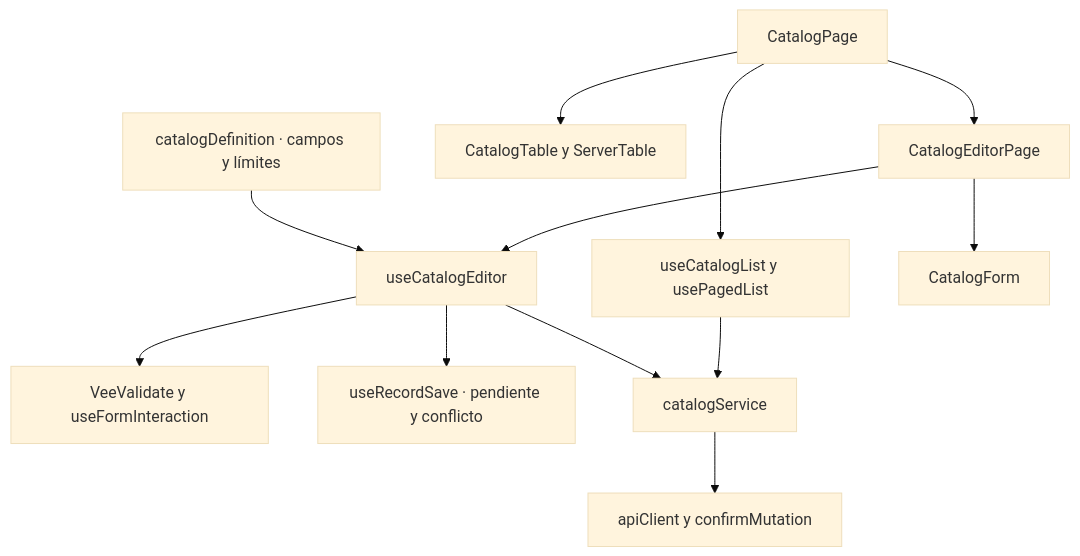
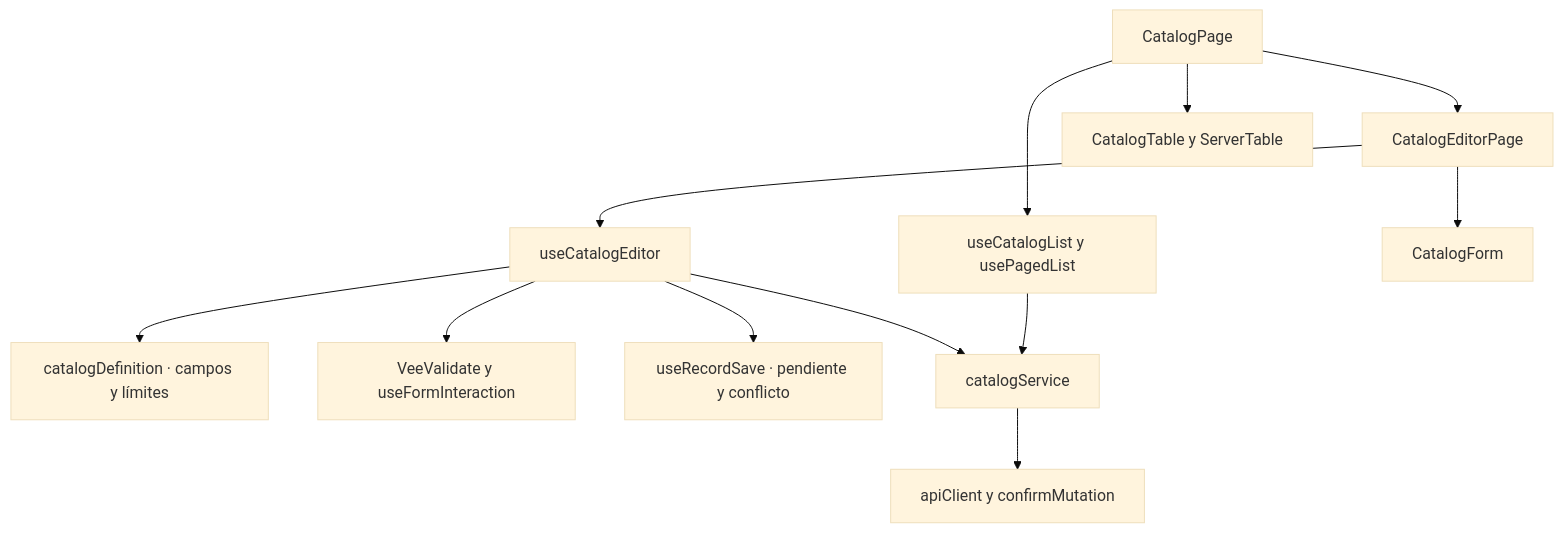
Before and after one commit to gpgsistemas01/nexus: the diagram in front/docs/architecture/views/logical/components/03-catalogs.md, drawn with Mermaid (base theme). The commit also changed other lines of this file and 227 other files, not shown here.

````diff
--- a/front/docs/architecture/views/logical/components/03-catalogs.md
+++ b/front/docs/architecture/views/logical/components/03-catalogs.md
@@ -7,14 +9,14 @@
 ```mermaid
 flowchart TB
     page["CatalogPage"] --> list["useCatalogList y usePagedList"]
     page --> editorPage["CatalogEditorPage"]
     editorPage --> editor["useCatalogEditor"]
     editorPage --> form["CatalogForm"]
     page --> table["CatalogTable y ServerTable"]
-    config["catalogDefinition · campos y límites"] --> editor
+    editor --> config["catalogDefinition · campos y límites"]
     editor --> interaction["VeeValidate y useFormInteraction"]
     editor --> save["useRecordSave · pendiente y conflicto"]
     list --> service["catalogService"]
     editor --> service
     service --> http["apiClient y confirmMutation"]
 ```
````
